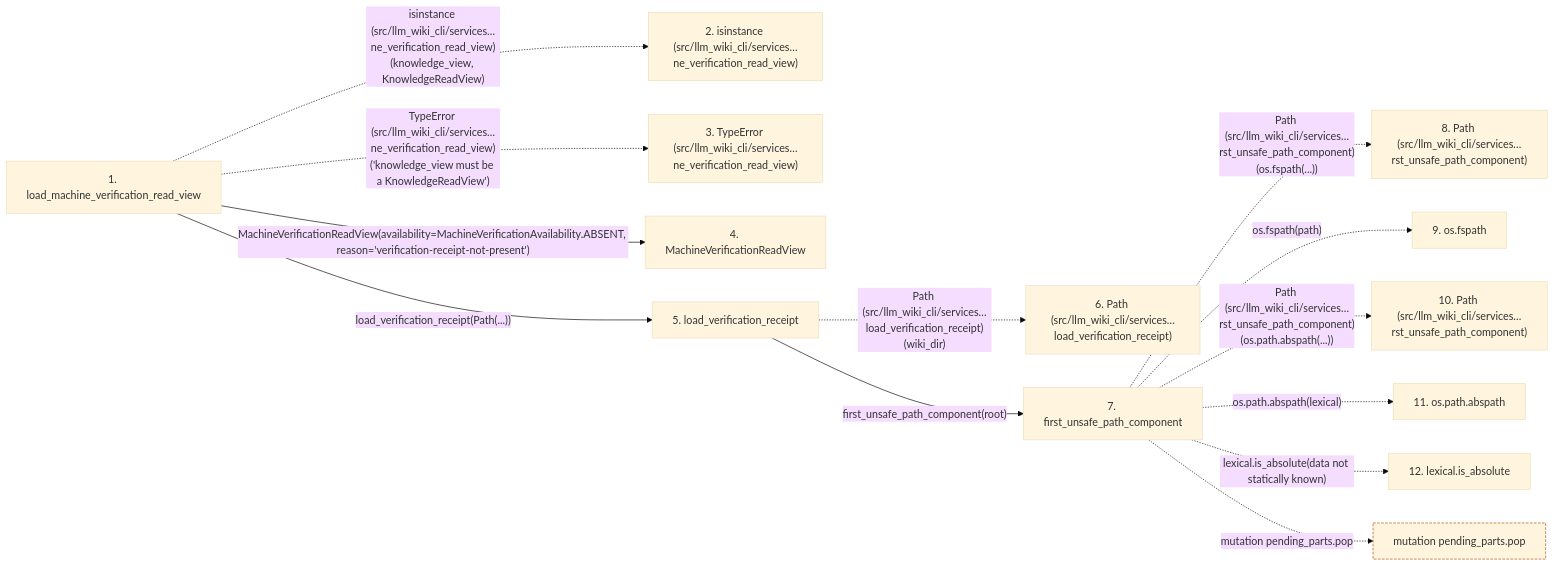
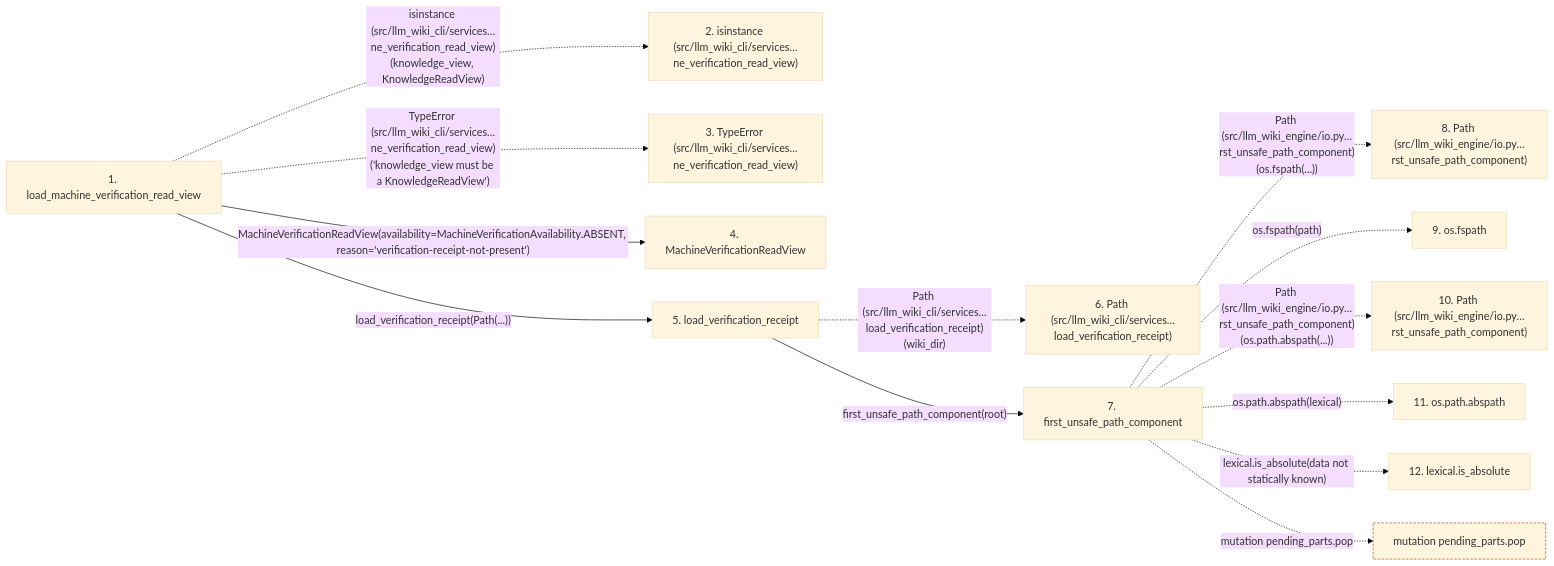
The second of 2 diagrams in docs/llm_wiki/flows/api-load_machine_verification_read_view.md (Denissvgn/python-wiki-llm), drawn with Mermaid (base theme) before and after one commit. The commit also changed other lines of this file and 739 other files, not shown here.

First line of the commit message:
docs: refresh the wiki for the second engine batch

````diff
--- a/docs/llm_wiki/flows/api-load_machine_verification_read_view.md
+++ b/docs/llm_wiki/flows/api-load_machine_verification_read_view.md
@@ -141,34 +141,34 @@
 ```mermaid
 flowchart LR
     s1["1. load_machine_verification_read_view"]
     s2["2. isinstance (src/llm_wiki_cli/services…ne_verification_read_view)"]
     s3["3. TypeError (src/llm_wiki_cli/services…ne_verification_read_view)"]
     s4["4. MachineVerificationReadView"]
     s5["5. load_verification_receipt"]
     s6["6. Path (src/llm_wiki_cli/services…load_verification_receipt)"]
     s7["7. first_unsafe_path_component"]
-    s8["8. Path (src/llm_wiki_cli/services…rst_unsafe_path_component)"]
+    s8["8. Path (src/llm_wiki_engine/io.py…rst_unsafe_path_component)"]
     s9["9. os.fspath"]
-    s10["10. Path (src/llm_wiki_cli/services…rst_unsafe_path_component)"]
+    s10["10. Path (src/llm_wiki_engine/io.py…rst_unsafe_path_component)"]
     s11["11. os.path.abspath"]
     s12["12. lexical.is_absolute"]
     s1 -. "isinstance (src/llm_wiki_cli/services…ne_verification_read_view)(knowledge_view, KnowledgeReadView)" .-> s2
     s1 -. "TypeError (src/llm_wiki_cli/services…ne_verification_read_view)('knowledge_view must be a KnowledgeReadView')" .-> s3
     s1 -->|"MachineVerificationReadView(availability=MachineVerificationAvailability.ABSENT, reason='verification-receipt-not-present')"| s4
     s1 -->|"load_verification_receipt(Path(...))"| s5
     s5 -. "Path (src/llm_wiki_cli/services…load_verification_receipt)(wiki_dir)" .-> s6
     s5 -->|"first_unsafe_path_component(root)"| s7
-    s7 -. "Path (src/llm_wiki_cli/services…rst_unsafe_path_component)(os.fspath(...))" .-> s8
+    s7 -. "Path (src/llm_wiki_engine/io.py…rst_unsafe_path_component)(os.fspath(...))" .-> s8
     s7 -. "os.fspath(path)" .-> s9
-    s7 -. "Path (src/llm_wiki_cli/services…rst_unsafe_path_component)(os.path.abspath(...))" .-> s10
+    s7 -. "Path (src/llm_wiki_engine/io.py…rst_unsafe_path_component)(os.path.abspath(...))" .-> s10
     s7 -. "os.path.abspath(lexical)" .-> s11
     s7 -. "lexical.is_absolute(data not statically known)" .-> s12
     b0["mutation pending_parts.pop"]
     s7 -. "mutation pending_parts.pop" .-> b0
     click s1 "../modules/knowledge_verification.md"
     click s4 "../modules/knowledge_consumption.md"
     click s5 "../modules/verification_contracts.md"
     click s7 "../modules/io.md"
     classDef boundary stroke:#b45309,stroke-dasharray: 4 2
     class b0 boundary
 ```
````
